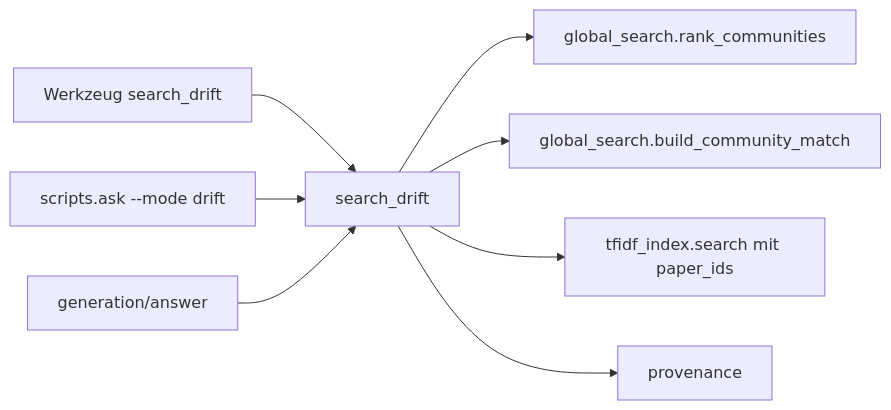
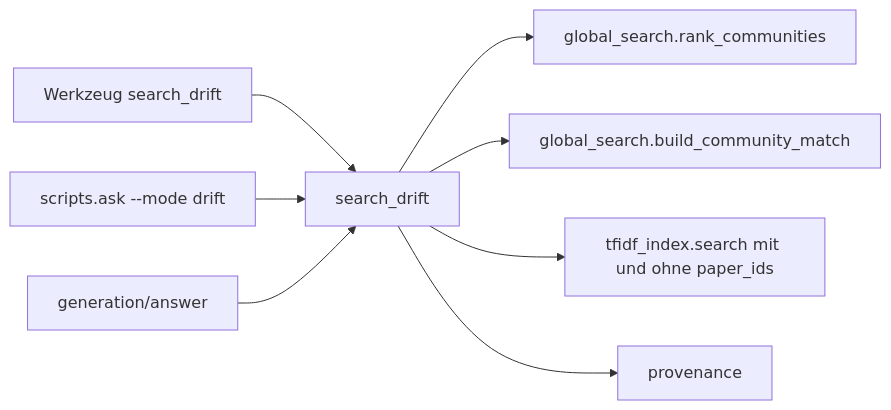
The second of 2 diagrams in src/research_graphrag/retrieval/doc/drift.md (MomoEngineer/research-graphrag), drawn with Mermaid before and after one commit. The commit also changed other lines of this file and 24 other files, not shown here.

````diff
--- a/src/research_graphrag/retrieval/doc/drift.md
+++ b/src/research_graphrag/retrieval/doc/drift.md
@@ -80,10 +97,10 @@
 ```mermaid
 flowchart LR
     TOOL["Werkzeug search_drift"] --> SD["search_drift"]
     CLI["scripts.ask --mode drift"] --> SD
     ANS["generation/answer"] --> SD
     SD --> RC["global_search.rank_communities"]
     SD --> BCM["global_search.build_community_match"]
-    SD --> IX["tfidf_index.search mit paper_ids"]
+    SD --> IX["tfidf_index.search mit und ohne paper_ids"]
     SD --> PA["provenance"]
 ```
````
